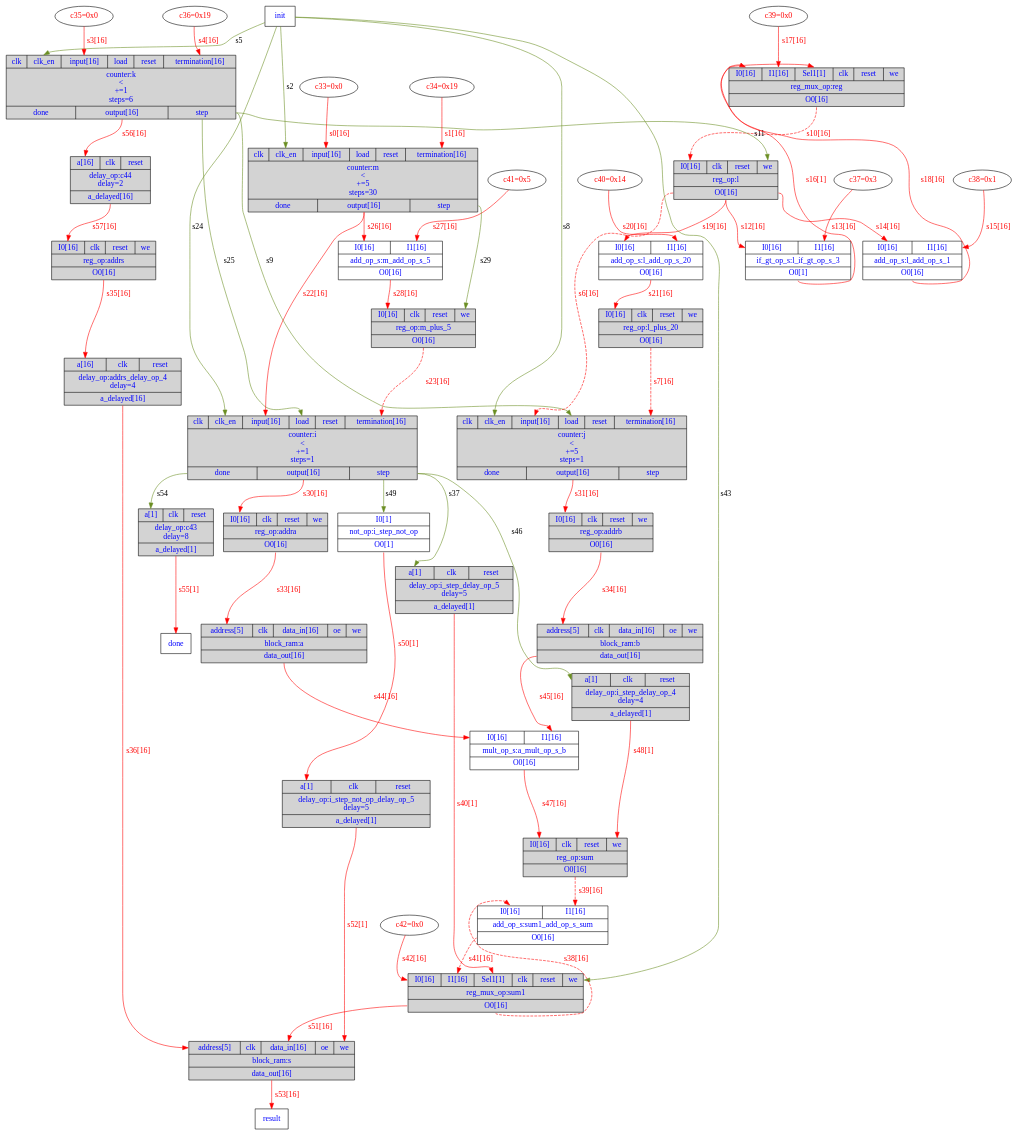
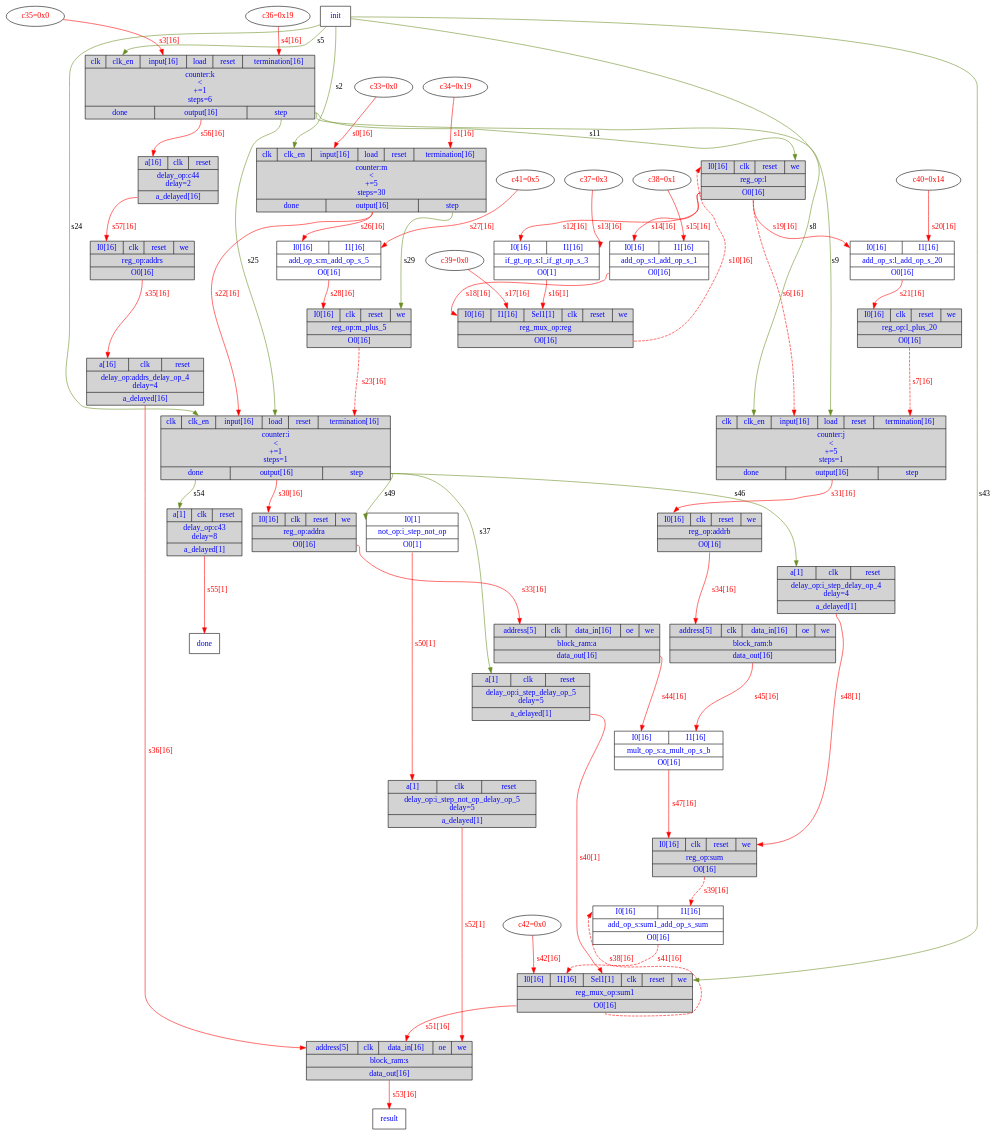
One commit to menotti/lalp changed the diagram in src/br/ufscar/dc/lalp/examples/matmult/matmult_hw.dot. Above: the diagram before and after it, drawn with Graphviz. The commit also changed other lines of this file and 150 other files, not shown here.

```diff
--- a/src/br/ufscar/dc/lalp/examples/matmult/matmult_hw.dot
+++ b/src/br/ufscar/dc/lalp/examples/matmult/matmult_hw.dot
@@ -1,47 +1,47 @@
 digraph matmult {
 	// Components (Nodes)
-	"reg" [shape=record, fontcolor=blue, style="filled", fillcolor="lightgray", label="{{<I0>I0[16]|<I1>I1[16]|<Sel1>Sel1[1]|<clk>clk|<reset>reset|<we>we}|reg_mux_op:reg|{<O0>O0[16]}}"];
-	"i_step_delay_op_5" [shape=record, fontcolor=blue, style="filled", fillcolor="lightgray", label="{{<a>a[1]|<clk>clk|<reset>reset}|delay_op:i_step_delay_op_5\ndelay=5|{<a_delayed>a_delayed[1]}}"];
-	"k" [shape=record, fontcolor=blue, style="filled", fillcolor="lightgray", label="{{<clk>clk|<clk_en>clk_en|<input>input[16]|<load>load|<reset>reset|<termination>termination[16]}|counter:k\n\<\n+=1\nsteps=6|{<done>done|<output>output[16]|<step>step}}"];
-	"addrs" [shape=record, fontcolor=blue, style="filled", fillcolor="lightgray", label="{{<I0>I0[16]|<clk>clk|<reset>reset|<we>we}|reg_op:addrs|{<O0>O0[16]}}"];
+	"result" [shape=msquare fontcolor=blue label="result"];
+	"addrs_delay_op_4" [shape=record, fontcolor=blue, style="filled", fillcolor="lightgray", label="{{<a>a[16]|<clk>clk|<reset>reset}|delay_op:addrs_delay_op_4\ndelay=4|{<a_delayed>a_delayed[16]}}"];
+	"a_mult_op_s_b" [shape=record, fontcolor=blue, label="{{<I0>I0[16]|<I1>I1[16]}|mult_op_s:a_mult_op_s_b|{<O0>O0[16]}}"];
+	"i" [shape=record, fontcolor=blue, style="filled", fillcolor="lightgray", label="{{<clk>clk|<clk_en>clk_en|<input>input[16]|<load>load|<reset>reset|<termination>termination[16]}|counter:i\n\<\n+=1\nsteps=1|{<done>done|<output>output[16]|<step>step}}"];
+	"a" [shape=record, fontcolor=blue, style="filled", fillcolor="lightgray", label="{{<address>address[5]|<clk>clk|<data_in>data_in[16]|<oe>oe|<we>we}|block_ram:a|{<data_out>data_out[16]}}"];
 	"c40" [fontcolor=red label="c40=0x14"];
 	"c37" [fontcolor=red label="c37=0x3"];
 	"c44" [shape=record, fontcolor=blue, style="filled", fillcolor="lightgray", label="{{<a>a[16]|<clk>clk|<reset>reset}|delay_op:c44\ndelay=2|{<a_delayed>a_delayed[16]}}"];
 	"c41" [fontcolor=red label="c41=0x5"];
+	"c34" [fontcolor=red label="c34=0x19"];
+	"i_step_not_op_delay_op_5" [shape=record, fontcolor=blue, style="filled", fillcolor="lightgray", label="{{<a>a[1]|<clk>clk|<reset>reset}|delay_op:i_step_not_op_delay_op_5\ndelay=5|{<a_delayed>a_delayed[1]}}"];
+	"c33" [fontcolor=red label="c33=0x0"];
 	"i_step_delay_op_4" [shape=record, fontcolor=blue, style="filled", fillcolor="lightgray", label="{{<a>a[1]|<clk>clk|<reset>reset}|delay_op:i_step_delay_op_4\ndelay=4|{<a_delayed>a_delayed[1]}}"];
-	"c34" [fontcolor=red label="c34=0x19"];
-	"a_mult_op_s_b" [shape=record, fontcolor=blue, label="{{<I0>I0[16]|<I1>I1[16]}|mult_op_s:a_mult_op_s_b|{<O0>O0[16]}}"];
-	"c33" [fontcolor=red label="c33=0x0"];
+	"sum1" [shape=record, fontcolor=blue, style="filled", fillcolor="lightgray", label="{{<I0>I0[16]|<I1>I1[16]|<Sel1>Sel1[1]|<clk>clk|<reset>reset|<we>we}|reg_mux_op:sum1|{<O0>O0[16]}}"];
+	"reg" [shape=record, fontcolor=blue, style="filled", fillcolor="lightgray", label="{{<I0>I0[16]|<I1>I1[16]|<Sel1>Sel1[1]|<clk>clk|<reset>reset|<we>we}|reg_mux_op:reg|{<O0>O0[16]}}"];
+	"m_add_op_s_5" [shape=record, fontcolor=blue, label="{{<I0>I0[16]|<I1>I1[16]}|add_op_s:m_add_op_s_5|{<O0>O0[16]}}"];
+	"i_step_delay_op_5" [shape=record, fontcolor=blue, style="filled", fillcolor="lightgray", label="{{<a>a[1]|<clk>clk|<reset>reset}|delay_op:i_step_delay_op_5\ndelay=5|{<a_delayed>a_delayed[1]}}"];
+	"j" [shape=record, fontcolor=blue, style="filled", fillcolor="lightgray", label="{{<clk>clk|<clk_en>clk_en|<input>input[16]|<load>load|<reset>reset|<termination>termination[16]}|counter:j\n\<\n+=5\nsteps=1|{<done>done|<output>output[16]|<step>step}}"];
+	"addra" [shape=record, fontcolor=blue, style="filled", fillcolor="lightgray", label="{{<I0>I0[16]|<clk>clk|<reset>reset|<we>we}|reg_op:addra|{<O0>O0[16]}}"];
+	"addrb" [shape=record, fontcolor=blue, style="filled", fillcolor="lightgray", label="{{<I0>I0[16]|<clk>clk|<reset>reset|<we>we}|reg_op:addrb|{<O0>O0[16]}}"];
+	"m_plus_5" [shape=record, fontcolor=blue, style="filled", fillcolor="lightgray", label="{{<I0>I0[16]|<clk>clk|<reset>reset|<we>we}|reg_op:m_plus_5|{<O0>O0[16]}}"];
+	"done" [shape=msquare fontcolor=blue label="done"];
+	"sum" [shape=record, fontcolor=blue, style="filled", fillcolor="lightgray", label="{{<I0>I0[16]|<clk>clk|<reset>reset|<we>we}|reg_op:sum|{<O0>O0[16]}}"];
+	"l_if_gt_op_s_3" [shape=record, fontcolor=blue, label="{{<I0>I0[16]|<I1>I1[16]}|if_gt_op_s:l_if_gt_op_s_3|{<O0>O0[1]}}"];
+	"l_add_op_s_20" [shape=record, fontcolor=blue, label="{{<I0>I0[16]|<I1>I1[16]}|add_op_s:l_add_op_s_20|{<O0>O0[16]}}"];
 	"sum1_add_op_s_sum" [shape=record, fontcolor=blue, label="{{<I0>I0[16]|<I1>I1[16]}|add_op_s:sum1_add_op_s_sum|{<O0>O0[16]}}"];
+	"i_step_not_op" [shape=record, fontcolor=blue, label="{{<I0>I0[1]}|not_op:i_step_not_op|{<O0>O0[1]}}"];
+	"c35" [fontcolor=red label="c35=0x0"];
+	"c38" [fontcolor=red label="c38=0x1"];
+	"c43" [shape=record, fontcolor=blue, style="filled", fillcolor="lightgray", label="{{<a>a[1]|<clk>clk|<reset>reset}|delay_op:c43\ndelay=8|{<a_delayed>a_delayed[1]}}"];
+	"c42" [fontcolor=red label="c42=0x0"];
+	"c39" [fontcolor=red label="c39=0x0"];
+	"b" [shape=record, fontcolor=blue, style="filled", fillcolor="lightgray", label="{{<address>address[5]|<clk>clk|<data_in>data_in[16]|<oe>oe|<we>we}|block_ram:b|{<data_out>data_out[16]}}"];
+	"c36" [fontcolor=red label="c36=0x19"];
+	"l_plus_20" [shape=record, fontcolor=blue, style="filled", fillcolor="lightgray", label="{{<I0>I0[16]|<clk>clk|<reset>reset|<we>we}|reg_op:l_plus_20|{<O0>O0[16]}}"];
 	"s" [shape=record, fontcolor=blue, style="filled", fillcolor="lightgray", label="{{<address>address[5]|<clk>clk|<data_in>data_in[16]|<oe>oe|<we>we}|block_ram:s|{<data_out>data_out[16]}}"];
-	"addrs_delay_op_4" [shape=record, fontcolor=blue, style="filled", fillcolor="lightgray", label="{{<a>a[16]|<clk>clk|<reset>reset}|delay_op:addrs_delay_op_4\ndelay=4|{<a_delayed>a_delayed[16]}}"];
+	"addrs" [shape=record, fontcolor=blue, style="filled", fillcolor="lightgray", label="{{<I0>I0[16]|<clk>clk|<reset>reset|<we>we}|reg_op:addrs|{<O0>O0[16]}}"];
 	"l_add_op_s_1" [shape=record, fontcolor=blue, label="{{<I0>I0[16]|<I1>I1[16]}|add_op_s:l_add_op_s_1|{<O0>O0[16]}}"];
-	"l_add_op_s_20" [shape=record, fontcolor=blue, label="{{<I0>I0[16]|<I1>I1[16]}|add_op_s:l_add_op_s_20|{<O0>O0[16]}}"];
+	"k" [shape=record, fontcolor=blue, style="filled", fillcolor="lightgray", label="{{<clk>clk|<clk_en>clk_en|<input>input[16]|<load>load|<reset>reset|<termination>termination[16]}|counter:k\n\<\n+=1\nsteps=6|{<done>done|<output>output[16]|<step>step}}"];
 	"l" [shape=record, fontcolor=blue, style="filled", fillcolor="lightgray", label="{{<I0>I0[16]|<clk>clk|<reset>reset|<we>we}|reg_op:l|{<O0>O0[16]}}"];
 	"m" [shape=record, fontcolor=blue, style="filled", fillcolor="lightgray", label="{{<clk>clk|<clk_en>clk_en|<input>input[16]|<load>load|<reset>reset|<termination>termination[16]}|counter:m\n\<\n+=5\nsteps=30|{<done>done|<output>output[16]|<step>step}}"];
 	"init" [shape=msquare fontcolor=blue label="init"];
-	"result" [shape=msquare fontcolor=blue label="result"];
-	"l_plus_20" [shape=record, fontcolor=blue, style="filled", fillcolor="lightgray", label="{{<I0>I0[16]|<clk>clk|<reset>reset|<we>we}|reg_op:l_plus_20|{<O0>O0[16]}}"];
-	"b" [shape=record, fontcolor=blue, style="filled", fillcolor="lightgray", label="{{<address>address[5]|<clk>clk|<data_in>data_in[16]|<oe>oe|<we>we}|block_ram:b|{<data_out>data_out[16]}}"];
-	"l_if_gt_op_s_3" [shape=record, fontcolor=blue, label="{{<I0>I0[16]|<I1>I1[16]}|if_gt_op_s:l_if_gt_op_s_3|{<O0>O0[1]}}"];
-	"m_add_op_s_5" [shape=record, fontcolor=blue, label="{{<I0>I0[16]|<I1>I1[16]}|add_op_s:m_add_op_s_5|{<O0>O0[16]}}"];
-	"i_step_not_op" [shape=record, fontcolor=blue, label="{{<I0>I0[1]}|not_op:i_step_not_op|{<O0>O0[1]}}"];
-	"sum1" [shape=record, fontcolor=blue, style="filled", fillcolor="lightgray", label="{{<I0>I0[16]|<I1>I1[16]|<Sel1>Sel1[1]|<clk>clk|<reset>reset|<we>we}|reg_mux_op:sum1|{<O0>O0[16]}}"];
-	"c35" [fontcolor=red label="c35=0x0"];
-	"c38" [fontcolor=red label="c38=0x1"];
-	"i_step_not_op_delay_op_5" [shape=record, fontcolor=blue, style="filled", fillcolor="lightgray", label="{{<a>a[1]|<clk>clk|<reset>reset}|delay_op:i_step_not_op_delay_op_5\ndelay=5|{<a_delayed>a_delayed[1]}}"];
-	"c43" [shape=record, fontcolor=blue, style="filled", fillcolor="lightgray", label="{{<a>a[1]|<clk>clk|<reset>reset}|delay_op:c43\ndelay=8|{<a_delayed>a_delayed[1]}}"];
-	"c42" [fontcolor=red label="c42=0x0"];
-	"c39" [fontcolor=red label="c39=0x0"];
-	"i" [shape=record, fontcolor=blue, style="filled", fillcolor="lightgray", label="{{<clk>clk|<clk_en>clk_en|<input>input[16]|<load>load|<reset>reset|<termination>termination[16]}|counter:i\n\<\n+=1\nsteps=1|{<done>done|<output>output[16]|<step>step}}"];
-	"c36" [fontcolor=red label="c36=0x19"];
-	"addra" [shape=record, fontcolor=blue, style="filled", fillcolor="lightgray", label="{{<I0>I0[16]|<clk>clk|<reset>reset|<we>we}|reg_op:addra|{<O0>O0[16]}}"];
-	"sum" [shape=record, fontcolor=blue, style="filled", fillcolor="lightgray", label="{{<I0>I0[16]|<clk>clk|<reset>reset|<we>we}|reg_op:sum|{<O0>O0[16]}}"];
-	"j" [shape=record, fontcolor=blue, style="filled", fillcolor="lightgray", label="{{<clk>clk|<clk_en>clk_en|<input>input[16]|<load>load|<reset>reset|<termination>termination[16]}|counter:j\n\<\n+=5\nsteps=1|{<done>done|<output>output[16]|<step>step}}"];
-	"a" [shape=record, fontcolor=blue, style="filled", fillcolor="lightgray", label="{{<address>address[5]|<clk>clk|<data_in>data_in[16]|<oe>oe|<we>we}|block_ram:a|{<data_out>data_out[16]}}"];
-	"addrb" [shape=record, fontcolor=blue, style="filled", fillcolor="lightgray", label="{{<I0>I0[16]|<clk>clk|<reset>reset|<we>we}|reg_op:addrb|{<O0>O0[16]}}"];
-	"m_plus_5" [shape=record, fontcolor=blue, style="filled", fillcolor="lightgray", label="{{<I0>I0[16]|<clk>clk|<reset>reset|<we>we}|reg_op:m_plus_5|{<O0>O0[16]}}"];
-	"done" [shape=msquare fontcolor=blue label="done"];
 
 	// Signals (Edges)
 	"c33" -> "m":input [label="s0[16]" color=red fontcolor=red];
```
